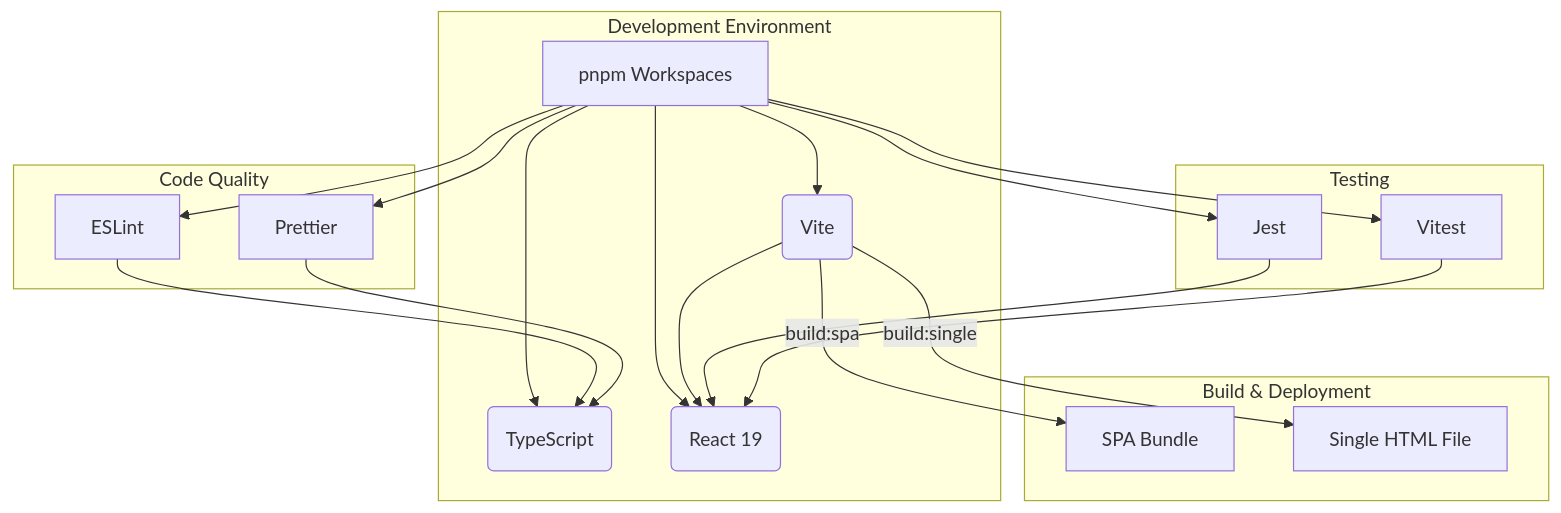
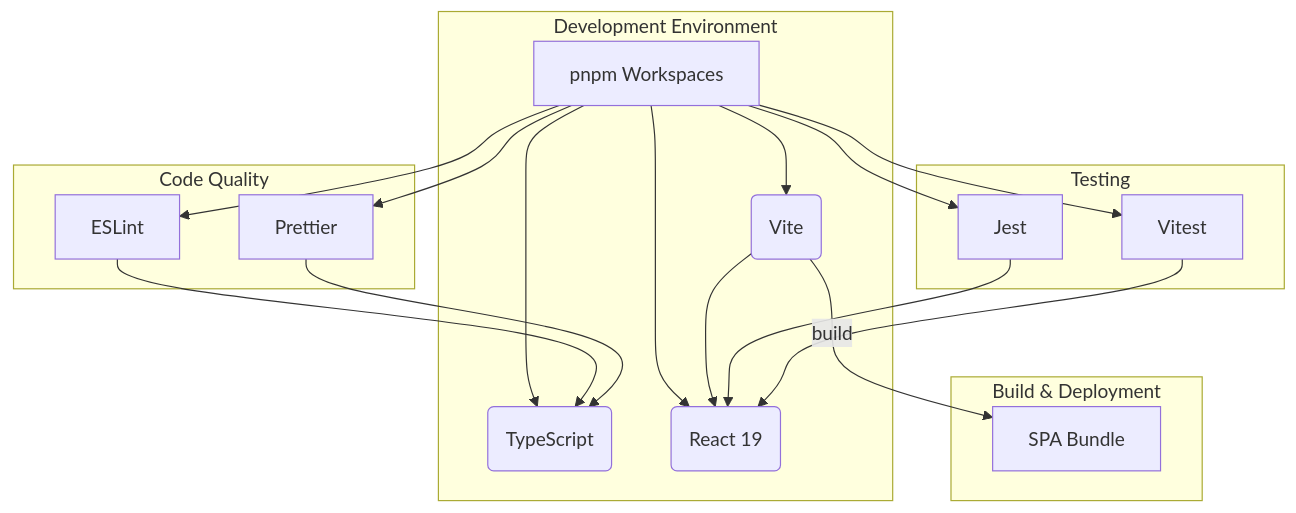
Before and after one commit to yuanyuanyuan/Long_screenshot_splitting_tool: the diagram in docs/docs-detail/02-tech-stack-analysis.md, drawn with Mermaid. The commit also changed other lines of this file and 18 other files, not shown here.

````diff
--- a/docs/docs-detail/02-tech-stack-analysis.md
+++ b/docs/docs-detail/02-tech-stack-analysis.md
@@ -20,29 +20,28 @@
 ```mermaid
 graph TD
     subgraph Development Environment
         A[pnpm Workspaces] --> B(TypeScript);
         A --> C(React 19);
         A --> D(Vite);
         D --> C;
     end
 
     subgraph Code Quality
         E[ESLint] --> B;
         F[Prettier] --> B;
     end
 
     subgraph Testing
         G[Jest] --> C;
         H[Vitest] --> C;
     end
     
     subgraph Build & Deployment
-        D -- "build:spa" --> I[SPA Bundle];
-        D -- "build:single" --> J[Single HTML File];
+        D -- "build" --> I[SPA Bundle];
     end
 
     A --> E;
     A --> F;
     A --> G;
     A --> H;
 ```
````
